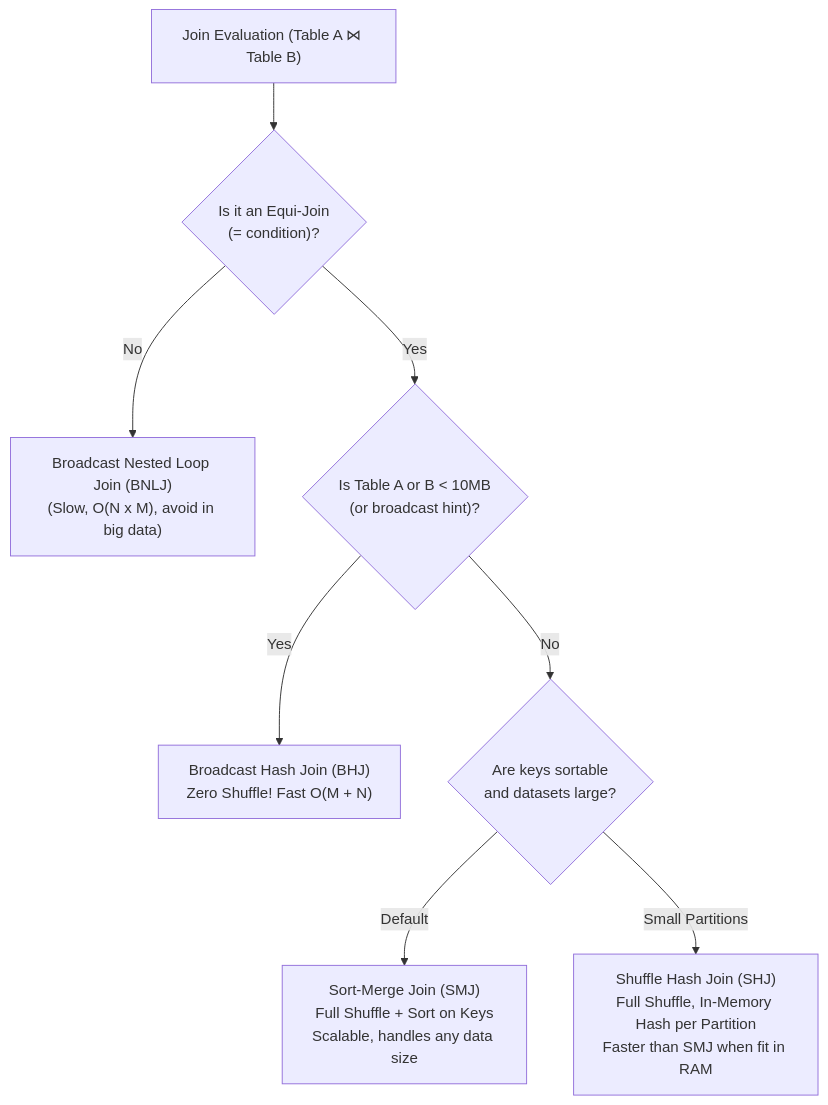
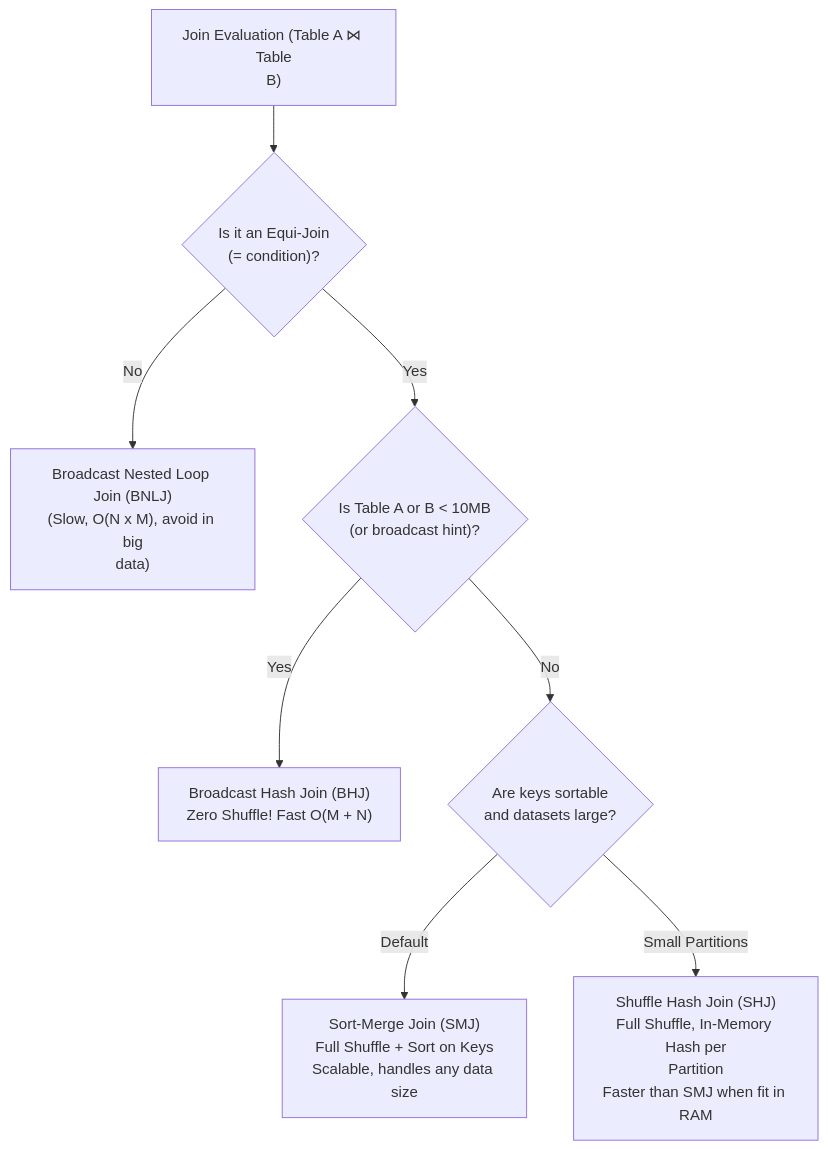
Before and after one commit to santoshjammi29/moderndataengineer: the third of 9 diagrams in docs/engineering/distributed_core_joins_and_skew_deep_dive.md, drawn with Mermaid. The commit also changed other lines of this file and 29 other files, not shown here.

Commit message:
fix(diagrams): word-wrap labels and escape comparison operators across all diagrams

````diff
--- a/docs/engineering/distributed_core_joins_and_skew_deep_dive.md
+++ b/docs/engineering/distributed_core_joins_and_skew_deep_dive.md
@@ -128,13 +128,13 @@
 ```mermaid
 flowchart TD
-    JoinReq["Join Evaluation (Table A ⋈ Table B)"] --> EquiCheck{"Is it an Equi-Join\n(= condition)?"}
+    JoinReq["Join Evaluation (Table A ⋈ Table<br/>B)"] --> EquiCheck{"Is it an Equi-Join<br/>(= condition)?"}
 
-    EquiCheck -->|No| BNLJ["Broadcast Nested Loop Join (BNLJ)\n(Slow, O(N x M), avoid in big data)"]
-    EquiCheck -->|Yes| SizeCheck{"Is Table A or B < 10MB\n(or broadcast hint)?"}
+    EquiCheck -->|No| BNLJ["Broadcast Nested Loop Join (BNLJ)<br/>(Slow, O(N x M), avoid in big<br/>data)"]
+    EquiCheck -->|Yes| SizeCheck{"Is Table A or B &lt; 10MB<br/>(or broadcast hint)?"}
 
-    SizeCheck -->|Yes| BHJ["Broadcast Hash Join (BHJ)\nZero Shuffle! Fast O(M + N)"]
-    SizeCheck -->|No| SortCheck{"Are keys sortable\nand datasets large?"}
+    SizeCheck -->|Yes| BHJ["Broadcast Hash Join (BHJ)<br/>Zero Shuffle! Fast O(M + N)"]
+    SizeCheck -->|No| SortCheck{"Are keys sortable<br/>and datasets large?"}
 
-    SortCheck -->|Default| SMJ["Sort-Merge Join (SMJ)\nFull Shuffle + Sort on Keys\nScalable, handles any data size"]
-    SortCheck -->|Small Partitions| SHJ["Shuffle Hash Join (SHJ)\nFull Shuffle, In-Memory Hash per Partition\nFaster than SMJ when fit in RAM"]
+    SortCheck -->|Default| SMJ["Sort-Merge Join (SMJ)<br/>Full Shuffle + Sort on Keys<br/>Scalable, handles any data size"]
+    SortCheck -->|Small Partitions| SHJ["Shuffle Hash Join (SHJ)<br/>Full Shuffle, In-Memory Hash per<br/>Partition<br/>Faster than SMJ when fit in RAM"]
 ```
````
